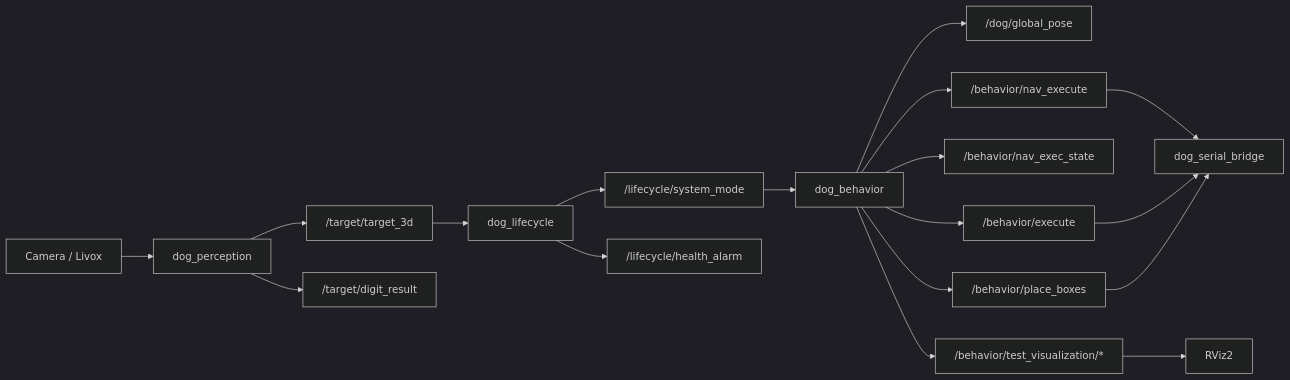
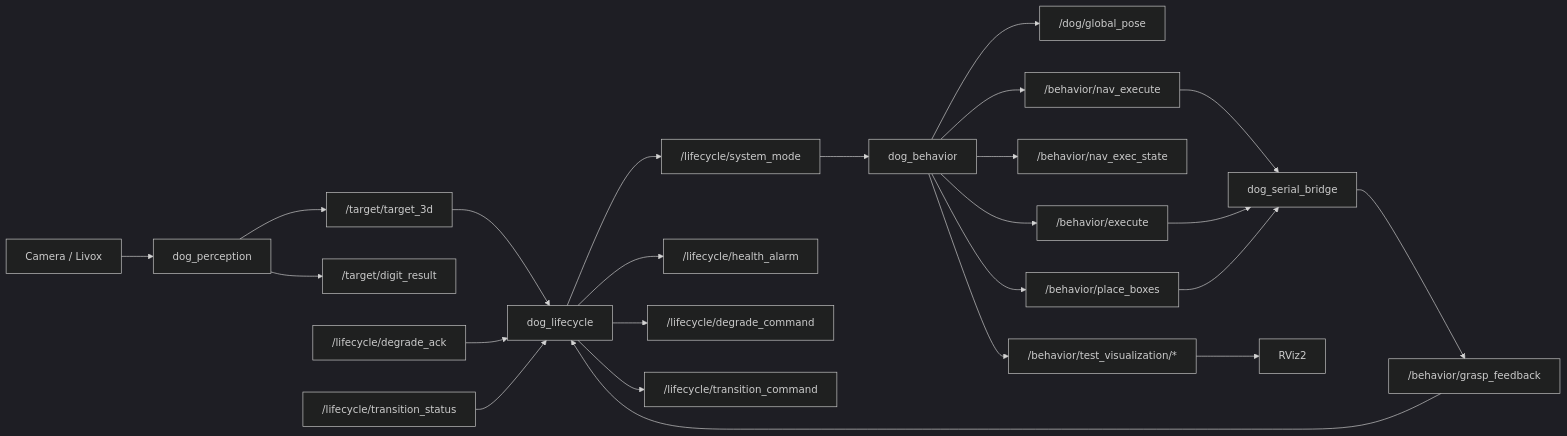
One commit to Phoenix-064/Dog changed the diagram in README.md. Above: the diagram before and after it, drawn with Mermaid (dark theme). The commit also changed other lines of this file and 7 other files, not shown here.

```diff
--- a/README.md
+++ b/README.md
@@ -204,20 +201,26 @@
 ~~~mermaid
 flowchart LR
   A[Camera / Livox] --> B[dog_perception]
   B --> C["/target/target_3d"]
   B --> D["/target/digit_result"]
   C --> E[dog_lifecycle]
   E --> F["/lifecycle/system_mode"]
   E --> G["/lifecycle/health_alarm"]
+  E --> Q["/lifecycle/degrade_command"]
+  R["/lifecycle/degrade_ack"] --> E
+  E --> S["/lifecycle/transition_command"]
+  T["/lifecycle/transition_status"] --> E
   F --> H[dog_behavior]
   H --> I["/dog/global_pose"]
   H --> J["/behavior/nav_execute"]
   H --> K["/behavior/nav_exec_state"]
   H --> O["/behavior/test_visualization/*"]
   H --> L["/behavior/execute"]
   H --> M["/behavior/place_boxes"]
   J --> N[dog_serial_bridge]
   O --> P[RViz2]
   L --> N
   M --> N
+  N --> U["/behavior/grasp_feedback"]
+  U --> E
 ~~~
```
